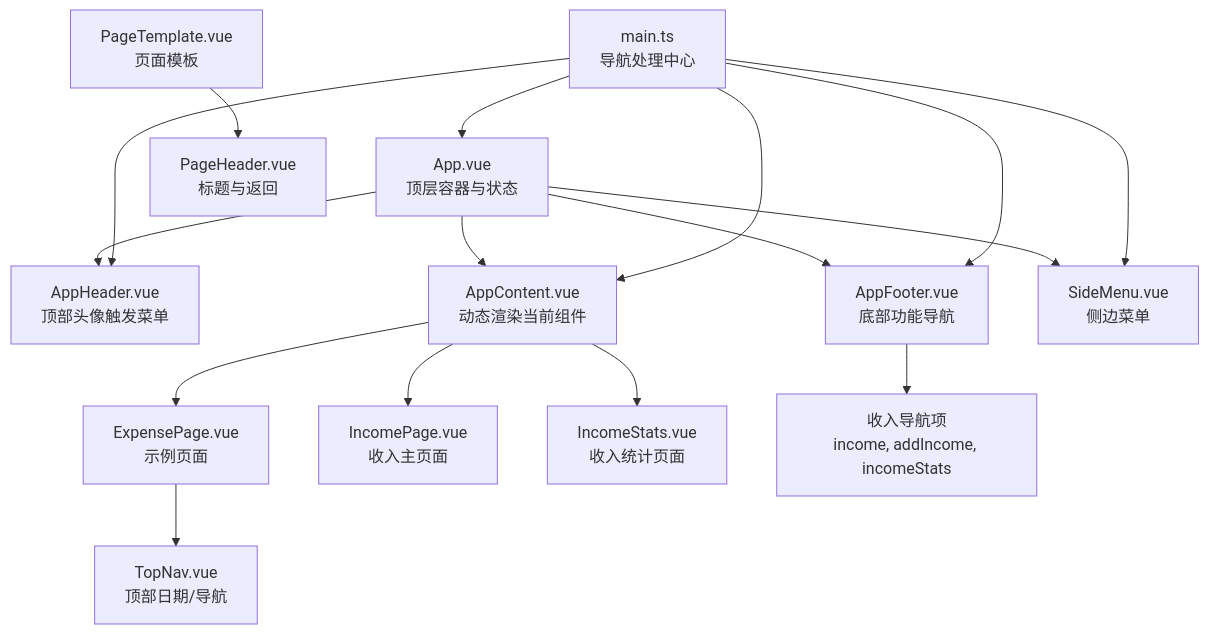
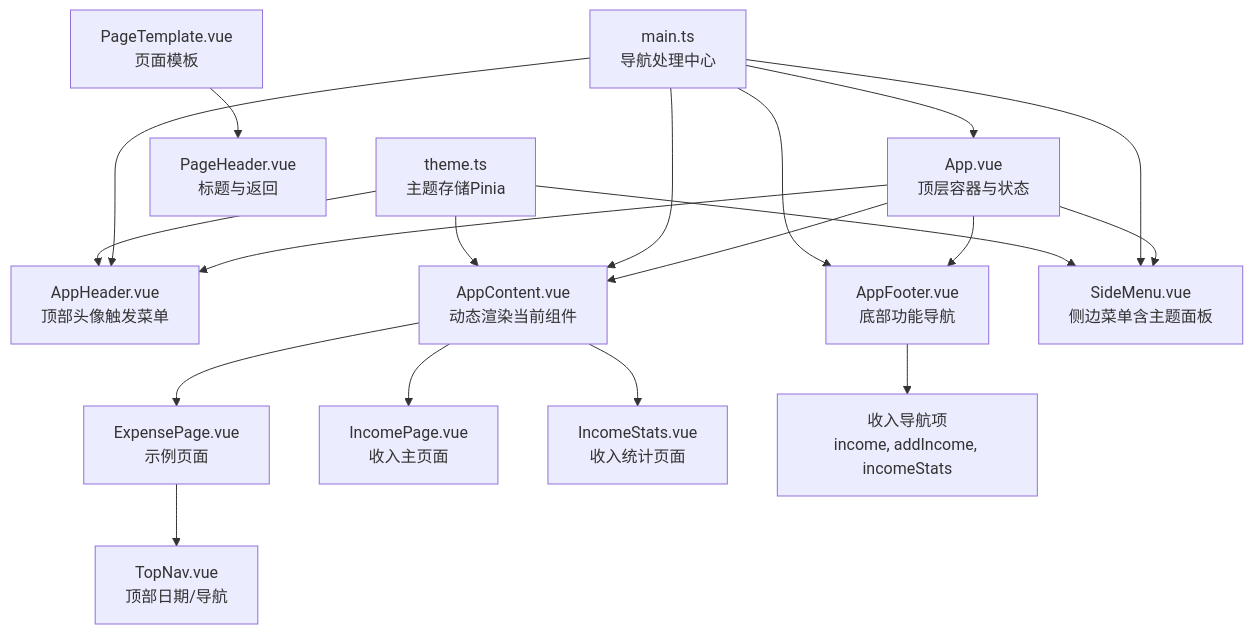
The first of 8 diagrams in .qoder/repowiki/zh/content/UI组件/导航组件.md (xiao-lin-unit/yuan), drawn with Mermaid before and after one commit. The commit also changed other lines of this file and 7 other files, not shown here.

````diff
--- a/.qoder/repowiki/zh/content/UI组件/导航组件.md
+++ b/.qoder/repowiki/zh/content/UI组件/导航组件.md
@@ -63,18 +65,21 @@
 ```mermaid
 graph TB
 App["App.vue<br/>顶层容器与状态"] --> AH["AppHeader.vue<br/>顶部头像触发菜单"]
 App --> AC["AppContent.vue<br/>动态渲染当前组件"]
 App --> AF["AppFooter.vue<br/>底部功能导航"]
-App --> SM["SideMenu.vue<br/>侧边菜单"]
+App --> SM["SideMenu.vue<br/>侧边菜单含主题面板"]
 AC --> EP["ExpensePage.vue<br/>示例页面"]
 AC --> IP["IncomePage.vue<br/>收入主页面"]
 AC --> AS["IncomeStats.vue<br/>收入统计页面"]
 EP --> TN["TopNav.vue<br/>顶部日期/导航"]
 PT["PageTemplate.vue<br/>页面模板"] --> PH["PageHeader.vue<br/>标题与返回"]
 AF --> IN["收入导航项<br/>income, addIncome, incomeStats"]
 Main["main.ts<br/>导航处理中心"] --> App
 Main --> AH
 Main --> AC
 Main --> AF
 Main --> SM
+TS["theme.ts<br/>主题存储Pinia"] --> SM
+TS --> AH
+TS --> AC
 ```
````
